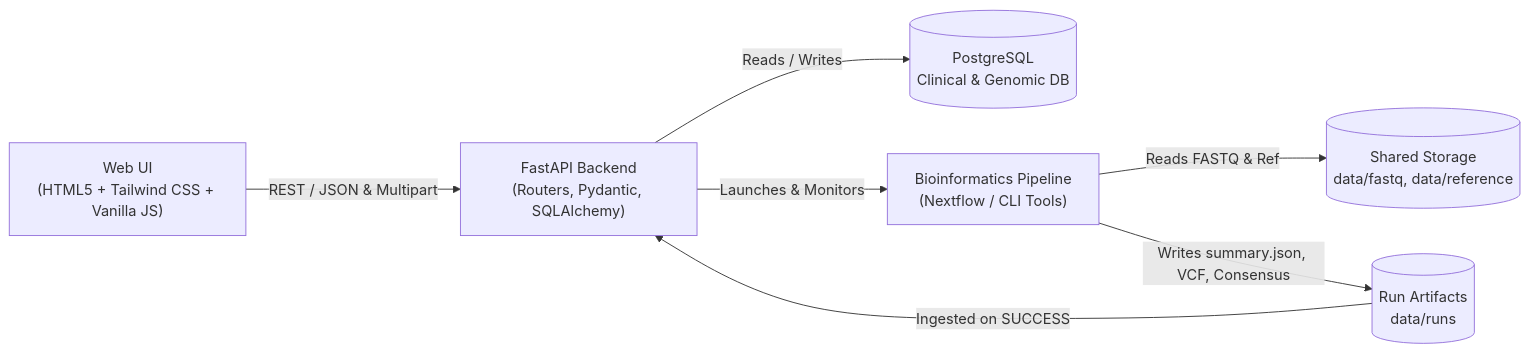
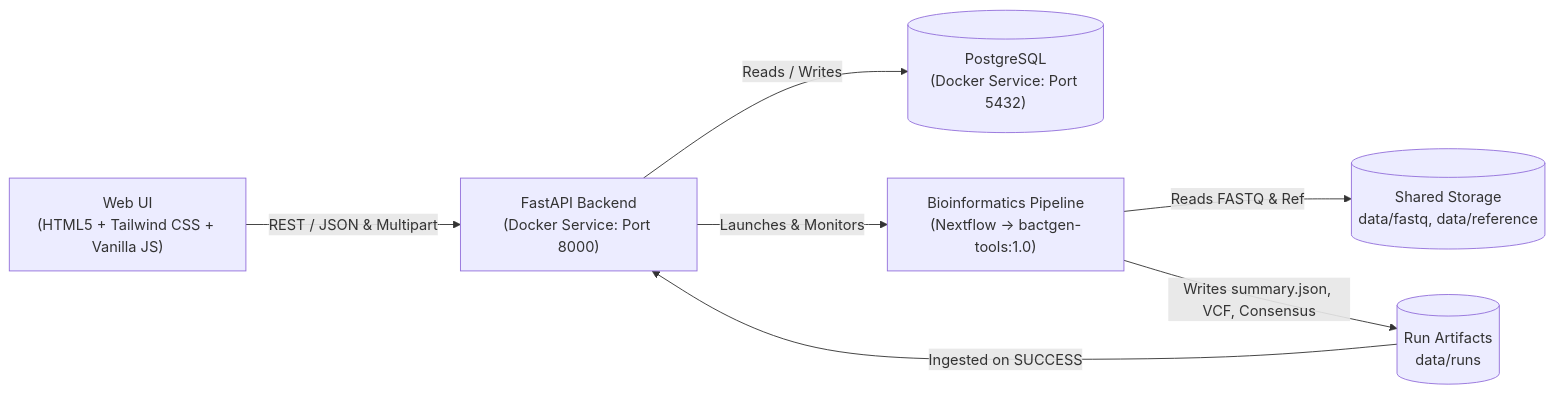
Before and after one commit to Gabrula0/BactGen: the diagram in README.md, drawn with Mermaid. The commit also changed other lines of this file and 17 other files, not shown here.

Commit message:
Harden sample_id validation, single-end pipeline support, and Docker Compose API setup

````diff
--- a/README.md
+++ b/README.md
@@ -101,9 +107,9 @@
 ```mermaid
 flowchart LR
-    UI["Web UI<br/>(HTML5 + Tailwind CSS + Vanilla JS)"] -->|REST / JSON & Multipart| API["FastAPI Backend<br/>(Routers, Pydantic, SQLAlchemy)"]
-    API -->|Reads / Writes| DB[("PostgreSQL<br/>Clinical & Genomic DB")]
-    API -->|Launches & Monitors| NF["Bioinformatics Pipeline<br/>(Nextflow / CLI Tools)"]
+    UI["Web UI<br/>(HTML5 + Tailwind CSS + Vanilla JS)"] -->|REST / JSON & Multipart| API["FastAPI Backend<br/>(Docker Service: Port 8000)"]
+    API -->|Reads / Writes| DB[("PostgreSQL<br/>(Docker Service: Port 5432)")]
+    API -->|Launches & Monitors| NF["Bioinformatics Pipeline<br/>(Nextflow -> bactgen-tools:1.0)"]
     NF -->|Reads FASTQ & Ref| FS[("Shared Storage<br/>data/fastq, data/reference")]
     NF -->|Writes summary.json, VCF, Consensus| RUNS[("Run Artifacts<br/>data/runs")]
     RUNS -->|Ingested on SUCCESS| API
 ```
````
